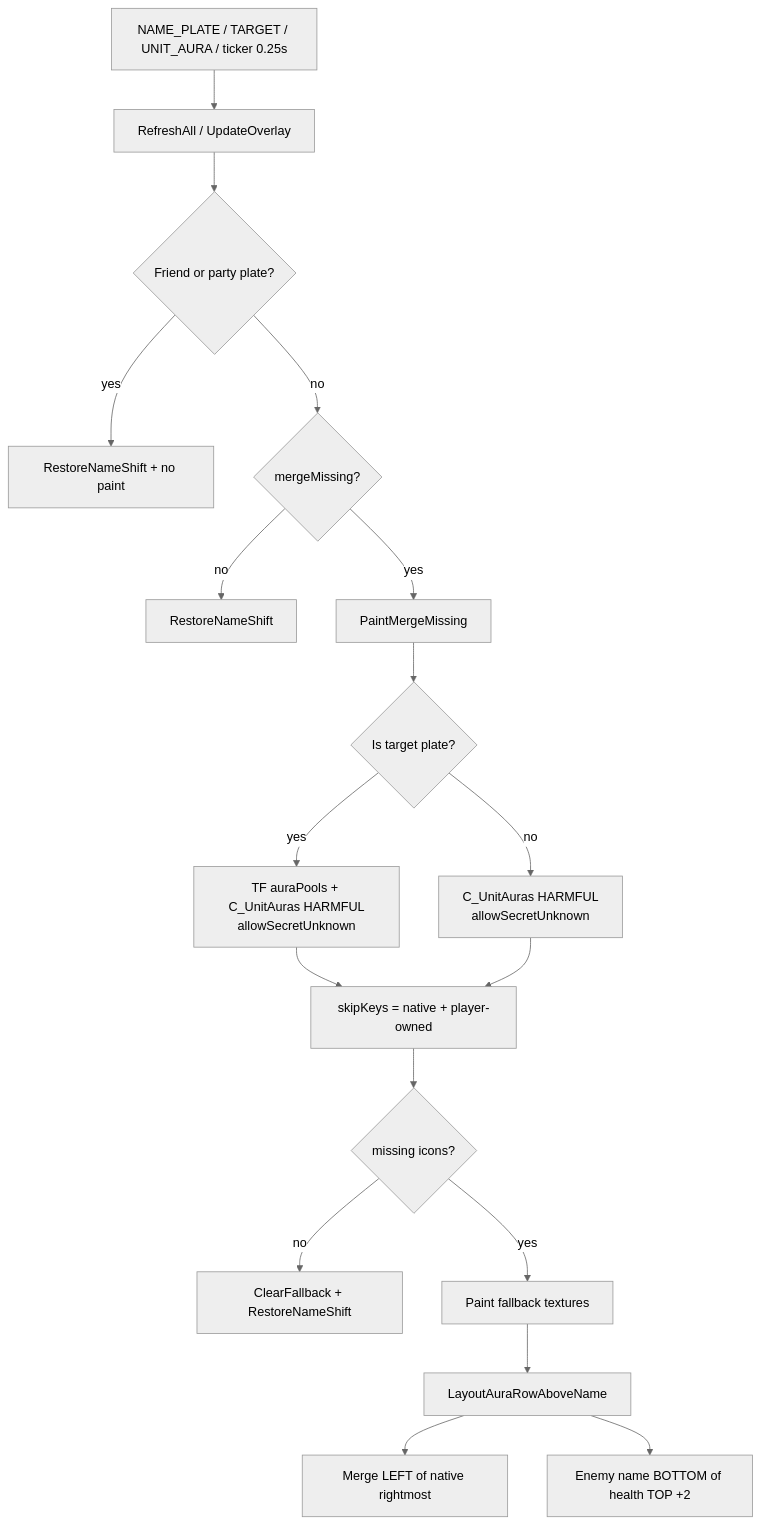
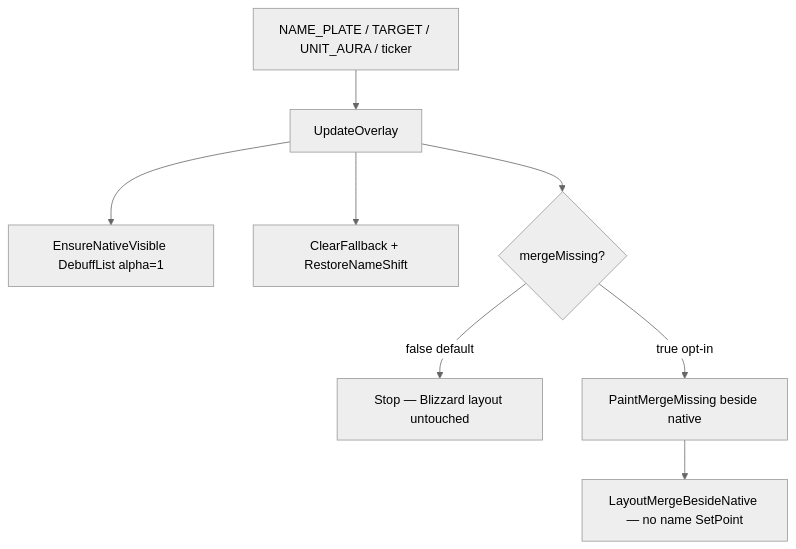
The diagram in addons/Plateband/Docs/loops.md (sirTurbisCZ/wow-forever-addons), drawn with Mermaid (neutral theme) before and after one commit. The commit also changed other lines of this file and 5 other files, not shown here.

First line of the commit message:
Plateband 0.1.12: native DebuffList only — stop breaking plates

````diff
--- a/addons/Plateband/Docs/loops.md
+++ b/addons/Plateband/Docs/loops.md
@@ -7,20 +7,10 @@
 ```mermaid
 flowchart TD
-  ev[NAME_PLATE / TARGET / UNIT_AURA / ticker 0.25s] --> refresh[RefreshAll / UpdateOverlay]
-  refresh --> friend{Friend or party plate?}
-  friend -->|yes| restore[RestoreNameShift + no paint]
-  friend -->|no| merge{mergeMissing?}
-  merge -->|no| restore2[RestoreNameShift]
-  merge -->|yes| paint[PaintMergeMissing]
-  paint --> target{Is target plate?}
-  target -->|yes| src[TF auraPools + C_UnitAuras HARMFUL<br/>allowSecretUnknown]
-  target -->|no| unitOnly[C_UnitAuras HARMFUL<br/>allowSecretUnknown]
-  src --> skip[skipKeys = native + player-owned]
-  unitOnly --> skip
-  skip --> missing{missing icons?}
-  missing -->|no| clear[ClearFallback + RestoreNameShift]
-  missing -->|yes| fb[Paint fallback textures]
-  fb --> layout[LayoutAuraRowAboveName]
-  layout --> beside[Merge LEFT of native rightmost]
-  layout --> name[Enemy name BOTTOM of health TOP +2]
+  ev[NAME_PLATE / TARGET / UNIT_AURA / ticker] --> upd[UpdateOverlay]
+  upd --> native[EnsureNativeVisible DebuffList alpha=1]
+  upd --> clear[ClearFallback + RestoreNameShift]
+  upd --> mergeFlag{mergeMissing?}
+  mergeFlag -->|false default| stop[Stop — Blizzard layout untouched]
+  mergeFlag -->|true opt-in| paint[PaintMergeMissing beside native]
+  paint --> anchor[LayoutMergeBesideNative — no name SetPoint]
 ```
````
